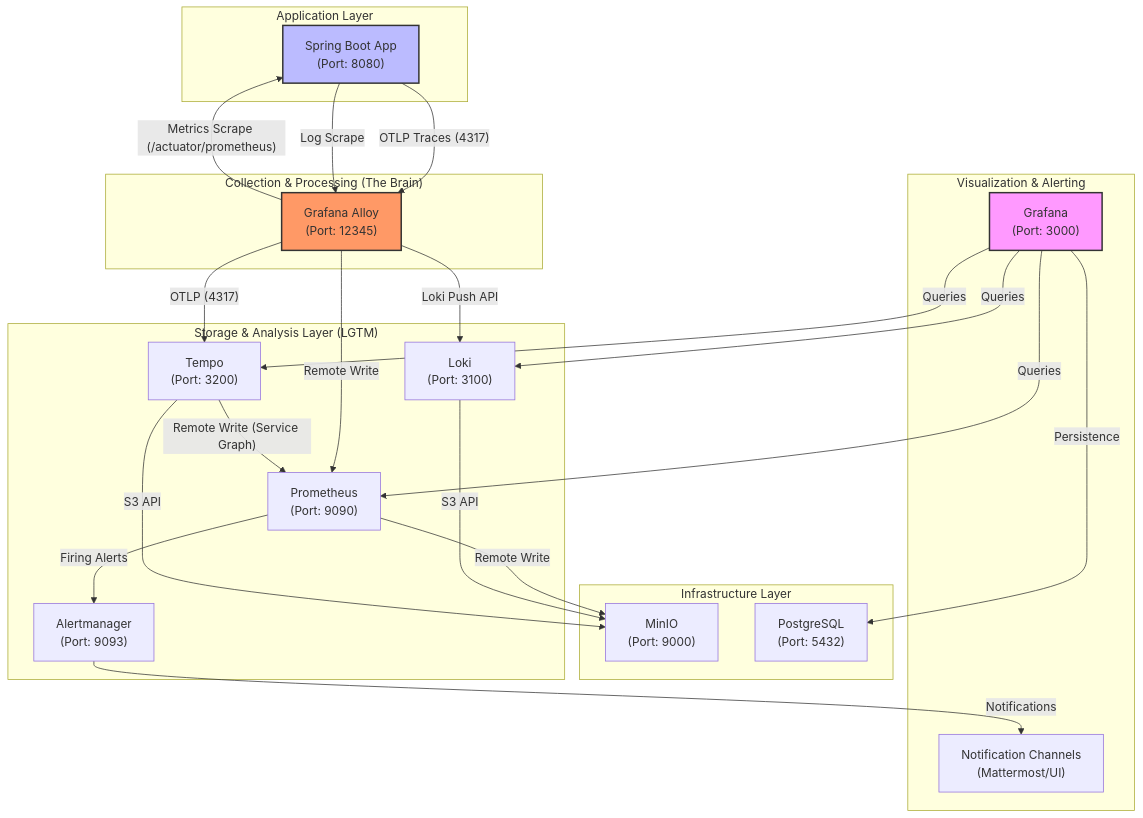
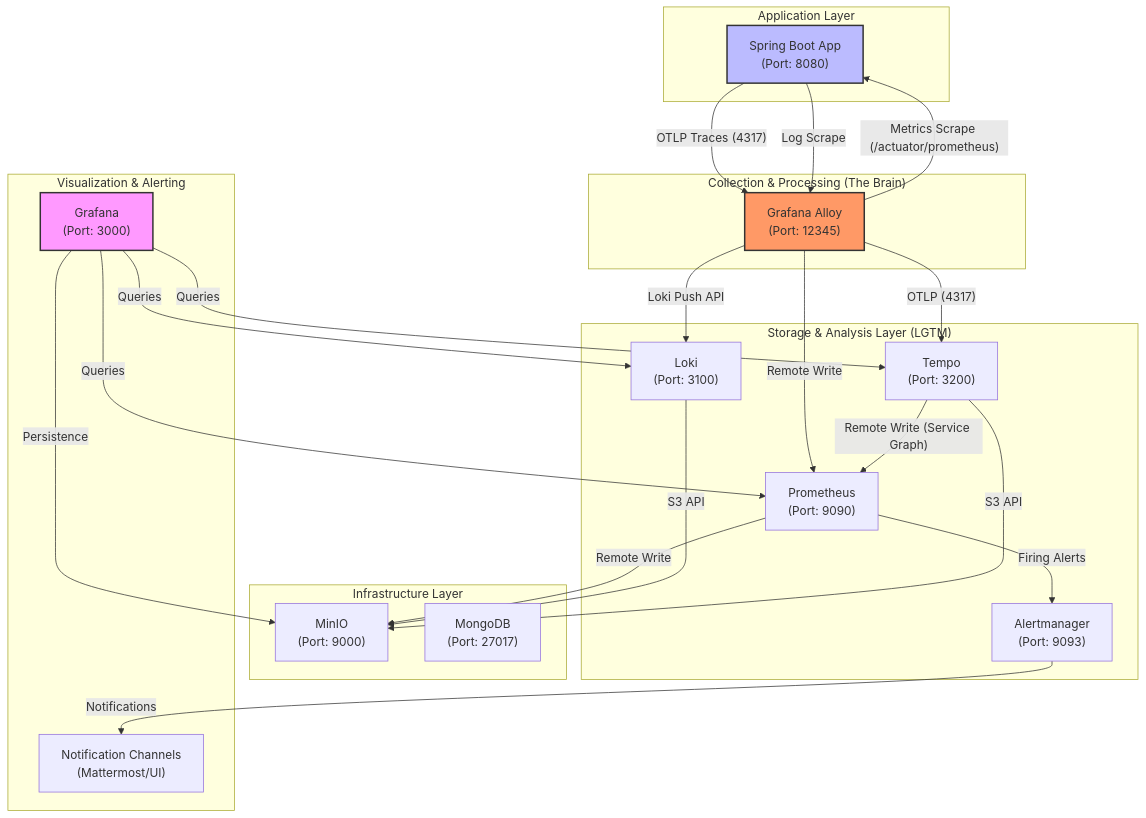
One commit to bwgjoseph/spring-boot-lgtm changed the diagram in README.md. Above: the diagram before and after it, drawn with Mermaid. The commit also changed other lines of this file and 15 other files, not shown here.

````diff
--- a/README.md
+++ b/README.md
@@ -26,58 +27,58 @@
 ```mermaid
 graph TD
     subgraph "Application Layer"
         APP["Spring Boot App<br/>(Port: 8080)"]
     end
 
     subgraph "Collection & Processing (The Brain)"
         ALLOY["Grafana Alloy<br/>(Port: 12345)"]
     end
 
     subgraph "Storage & Analysis Layer (LGTM)"
         PROM["Prometheus<br/>(Port: 9090)"]
         LOKI["Loki<br/>(Port: 3100)"]
         TEMPO["Tempo<br/>(Port: 3200)"]
         AM["Alertmanager<br/>(Port: 9093)"]
     end
 
     subgraph "Infrastructure Layer"
         MINIO["MinIO<br/>(Port: 9000)"]
-        POSTGRES["PostgreSQL<br/>(Port: 5432)"]
+        MONGO["MongoDB<br/>(Port: 27017)"]
     end
 
     subgraph "Visualization & Alerting"
         GRAFANA["Grafana<br/>(Port: 3000)"]
         NOTIFY["Notification Channels<br/>(Mattermost/UI)"]
     end
 
     %% Data Flow: Application to Alloy
     APP -- "OTLP Traces (4317)" --> ALLOY
     APP -- "Log Scrape" --> ALLOY
     ALLOY -- "Metrics Scrape (/actuator/prometheus)" --> APP
 
     %% Data Flow: Alloy to Backends
     ALLOY -- "Remote Write" --> PROM
     ALLOY -- "Loki Push API" --> LOKI
     ALLOY -- "OTLP (4317)" --> TEMPO
 
     %% Storage Relationships
     PROM -- "Remote Write" --> MINIO
     LOKI -- "S3 API" --> MINIO
     TEMPO -- "S3 API" --> MINIO
     
     %% Internal Correlation & Alerting
     TEMPO -- "Remote Write (Service Graph)" --> PROM
     PROM -- "Firing Alerts" --> AM
     AM -- "Notifications" --> NOTIFY
 
     %% Visualization & Config
     GRAFANA -- "Queries" --> PROM
     GRAFANA -- "Queries" --> LOKI
     GRAFANA -- "Queries" --> TEMPO
-    GRAFANA -- "Persistence" --> POSTGRES
+    GRAFANA -- "Persistence" --> MINIO
 
     %% Styling
     style ALLOY fill:#f96,stroke:#333,stroke-width:2px
     style GRAFANA fill:#f9f,stroke:#333,stroke-width:2px
     style APP fill:#bbf,stroke:#333,stroke-width:2px
 ```
````
